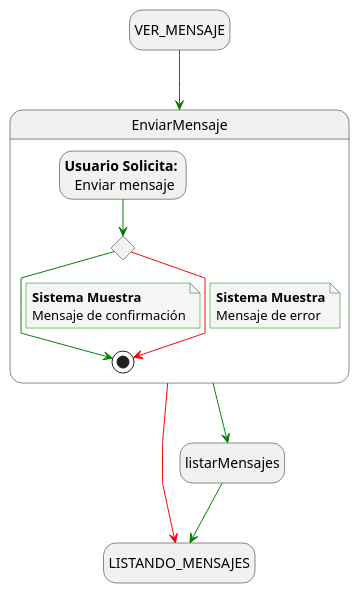
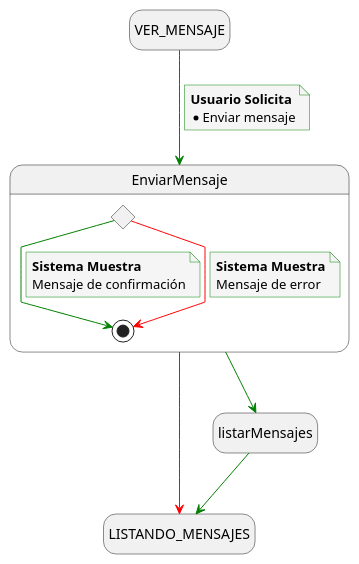
One commit to mmasias/24-25-IdSw1-SDR changed the diagram in docs/casosDeUso/detalladoCasosDeUso/detalladoEnvioMensajes/detalladoEnvioMensaje.puml. Above: the diagram before and after it, drawn with PlantUML. The commit also changed 5 other files, not shown here.

```diff
--- a/docs/casosDeUso/detalladoCasosDeUso/detalladoEnvioMensajes/detalladoEnvioMensaje.puml
+++ b/docs/casosDeUso/detalladoCasosDeUso/detalladoEnvioMensajes/detalladoEnvioMensaje.puml
@@ -1,40 +1,42 @@
 @startuml enviar_mensaje
 
 skinparam {
   NoteBackgroundColor #whiteSmoke
   ArrowColor #green
   NoteBorderColor #green
   linetype polyline
 }
 
 hide empty description
 
 state startState as "VER_MENSAJE"
 state endState as "LISTANDO_MENSAJES"
 
 startState --> EnviarMensaje
+note on link
+    <b>Usuario Solicita</b>
+    * Enviar mensaje
+end note
 
 EnviarMensaje--> listarMensajes
 listarMensajes--> endState
 EnviarMensaje -[#red]-> endState
 
 state EnviarMensaje{
     state revisionFiltrosEnviados <<choice>>
-    state usuarioSolicita as "<b>Usuario Solicita:</b> \n Enviar mensaje"
 
-    usuarioSolicita --> revisionFiltrosEnviados 
 
     revisionFiltrosEnviados --> [*]
     note on link
         <b>Sistema Muestra</b>
         Mensaje de confirmación
     end note
 
     revisionFiltrosEnviados -[#red]-> [*]
     note on link
         <b>Sistema Muestra</b>
         Mensaje de error
     end note
 }
 
 @enduml
```
